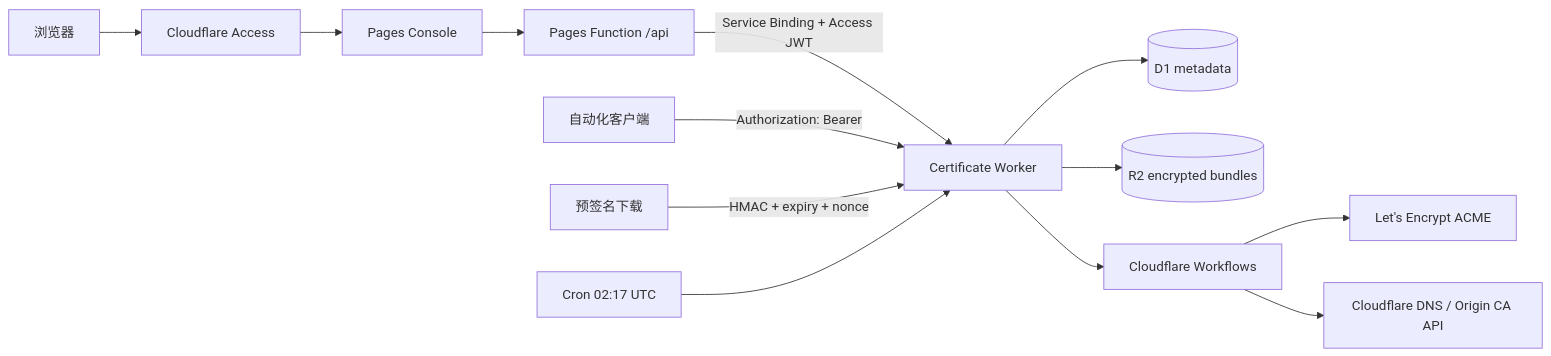
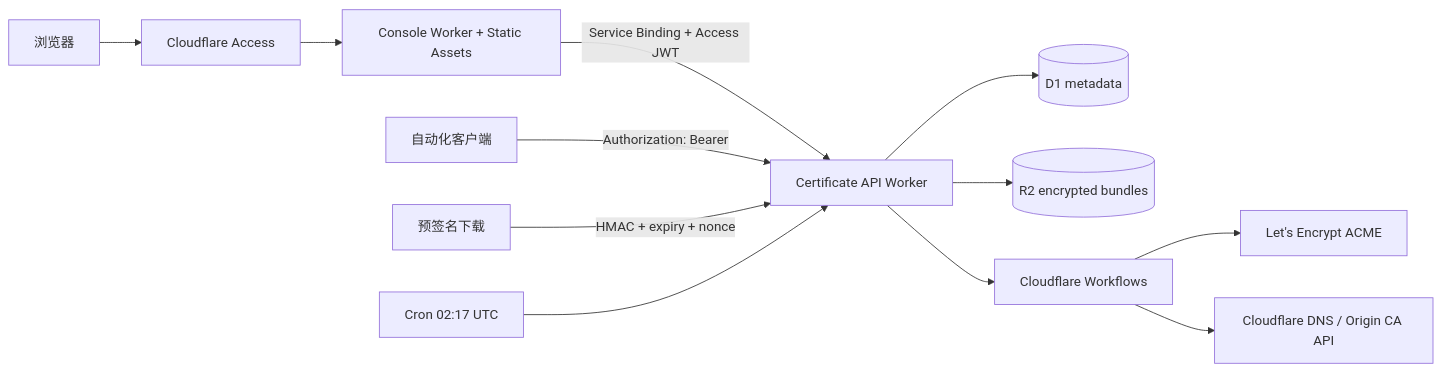
The diagram in README.md (HSwift/certbot-serverless), drawn with Mermaid before and after one commit. The commit also changed other lines of this file and 9 other files, not shown here.

Commit message:
Migrate console to Workers Static Assets

````diff
--- a/README.md
+++ b/README.md
@@ -12,17 +12,16 @@
 ```mermaid
 flowchart LR
   User[浏览器] --> Access[Cloudflare Access]
-  Access --> Pages[Pages Console]
-  Pages --> PF[Pages Function /api]
-  PF -->|Service Binding + Access JWT| Worker[Certificate Worker]
+  Access --> Console[Console Worker + Static Assets]
+  Console -->|Service Binding + Access JWT| Worker[Certificate API Worker]
 
   Client[自动化客户端] -->|Authorization: Bearer| Worker
   Download[预签名下载] -->|HMAC + expiry + nonce| Worker
 
   Worker --> D1[(D1 metadata)]
   Worker --> R2[(R2 encrypted bundles)]
   Worker --> Workflow[Cloudflare Workflows]
   Cron[Cron 02:17 UTC] --> Worker
   Workflow --> LE[Let's Encrypt ACME]
   Workflow --> CFAPI[Cloudflare DNS / Origin CA API]
 ```
````
